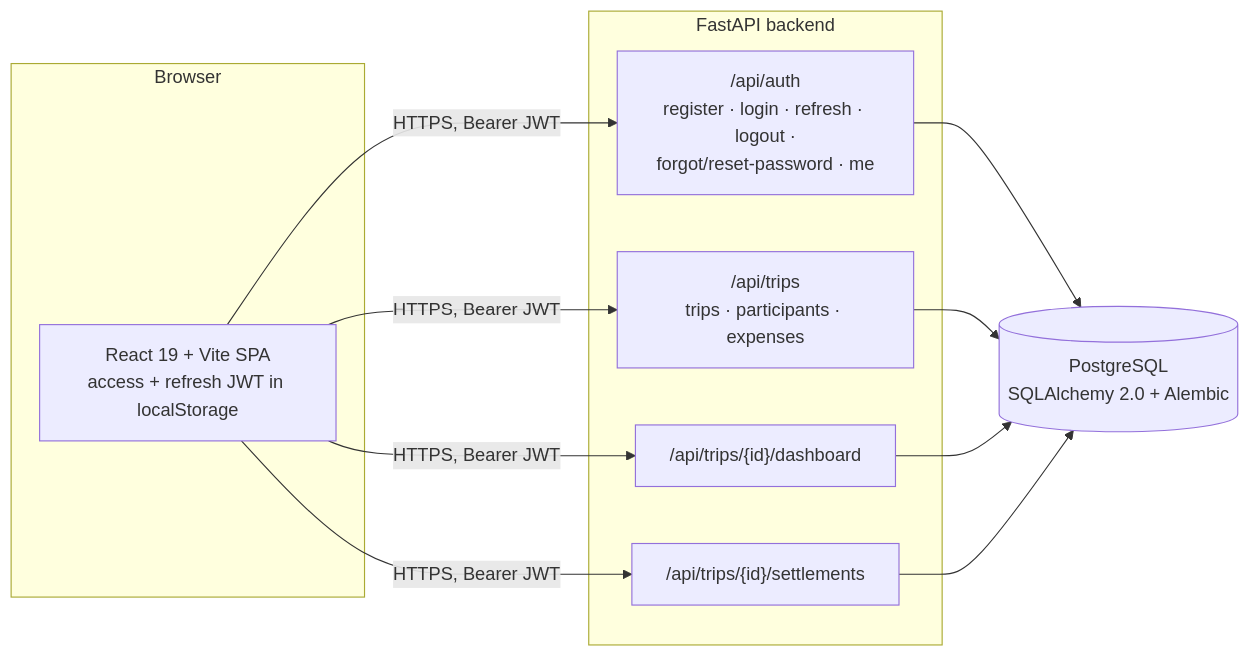
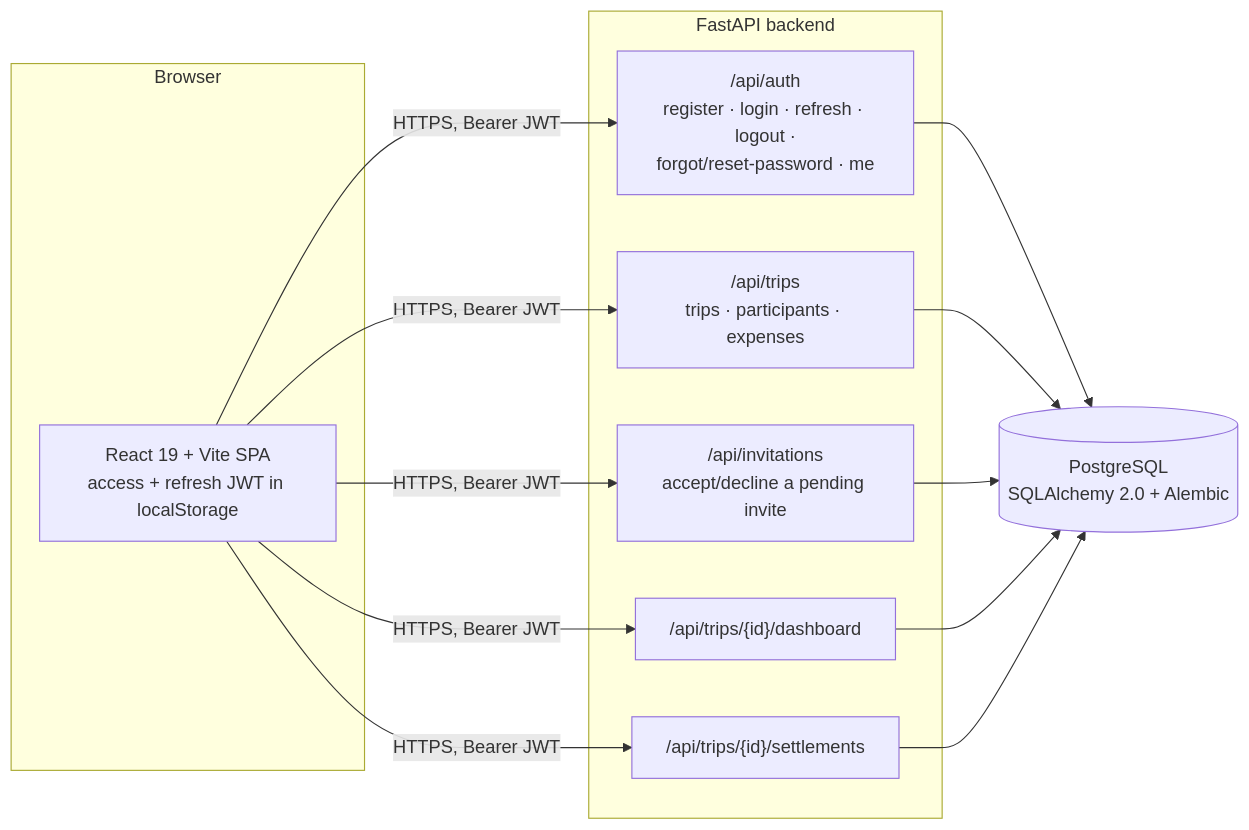
Before and after one commit to GGGUJINGGG/tripsplit-ledger: the first of 2 diagrams in README.md, drawn with Mermaid. The commit also changed other lines of this file and 14 other files, not shown here.

````diff
--- a/README.md
+++ b/README.md
@@ -66,24 +66,27 @@
 ```mermaid
 flowchart LR
     subgraph Client["Browser"]
         FE["React 19 + Vite SPA<br/>access + refresh JWT in localStorage"]
     end
 
     subgraph Server["FastAPI backend"]
         Auth["/api/auth<br/>register · login · refresh · logout ·<br/>forgot/reset-password · me"]
         Trips["/api/trips<br/>trips · participants · expenses"]
+        Invite["/api/invitations<br/>accept/decline a pending invite"]
         Dash["/api/trips/{id}/dashboard"]
         Settle["/api/trips/{id}/settlements"]
     end
 
     DB[("PostgreSQL<br/>SQLAlchemy 2.0 + Alembic")]
 
     FE -- "HTTPS, Bearer JWT" --> Auth
     FE -- "HTTPS, Bearer JWT" --> Trips
+    FE -- "HTTPS, Bearer JWT" --> Invite
     FE -- "HTTPS, Bearer JWT" --> Dash
     FE -- "HTTPS, Bearer JWT" --> Settle
     Auth --> DB
     Trips --> DB
+    Invite --> DB
     Dash --> DB
     Settle --> DB
 ```
````
